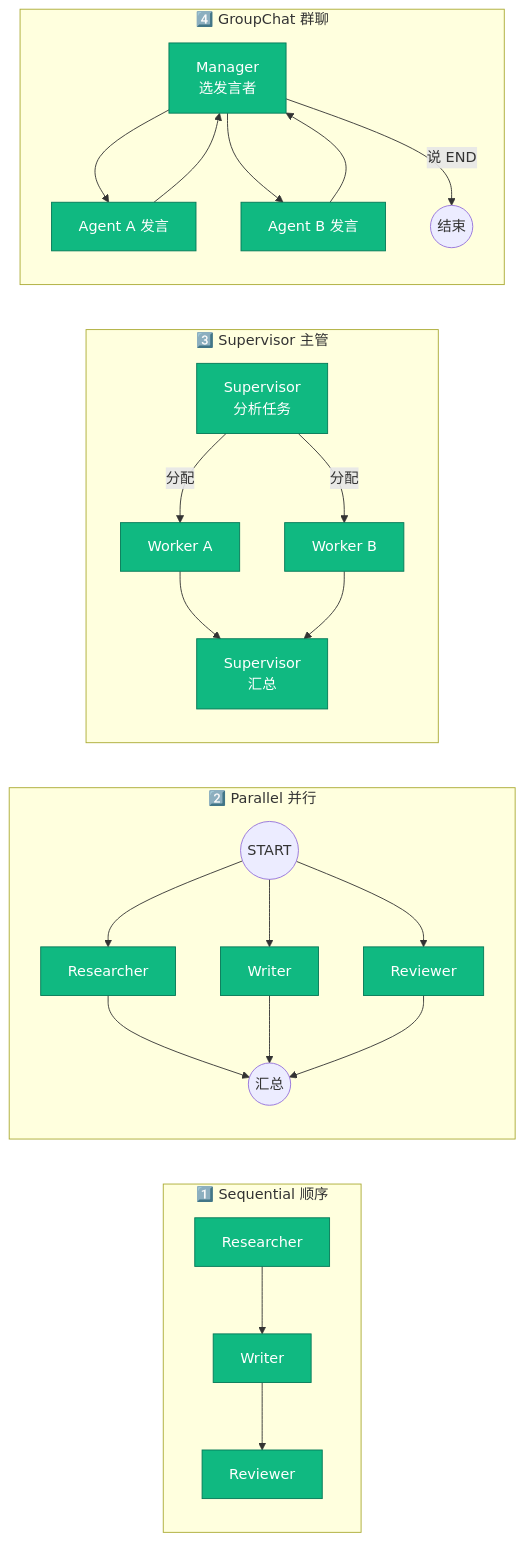
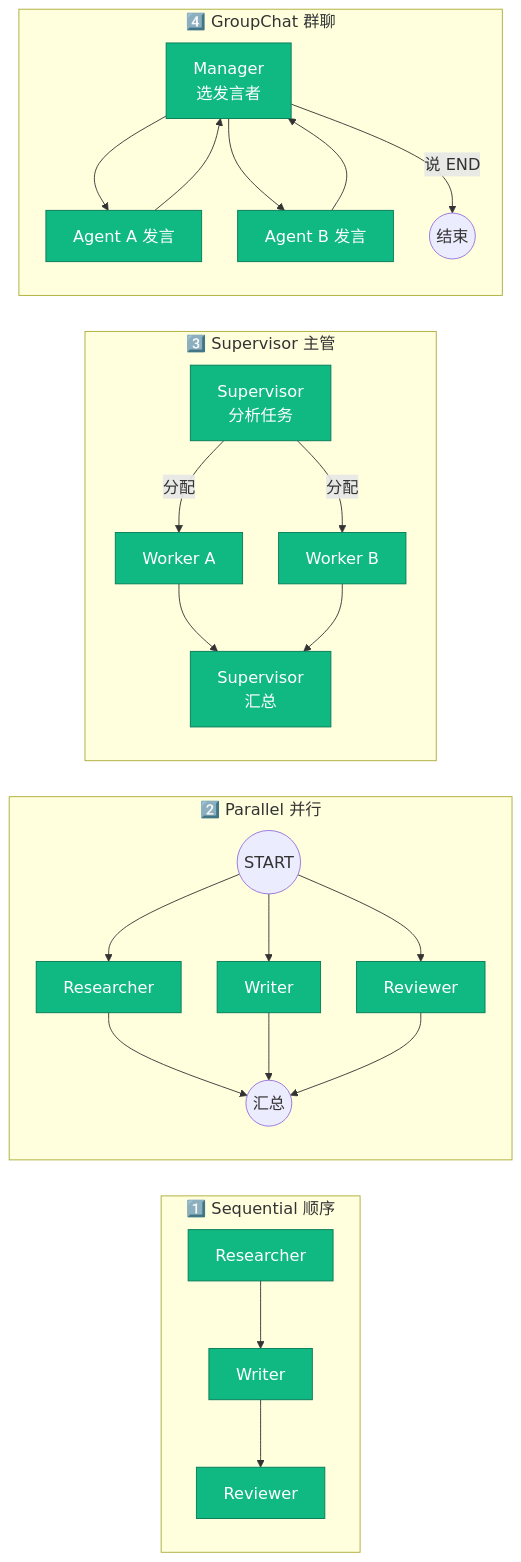
The third of 7 diagrams in docs/ARCHITECTURE.md (Eplayed/agents-cli-learn), drawn with Mermaid before and after one commit. The commit also changed other lines of this file and 11 other files, not shown here.

````diff
--- a/docs/ARCHITECTURE.md
+++ b/docs/ARCHITECTURE.md
@@ -194,38 +218,39 @@
 ```mermaid
+%%{init: {'theme':'default', 'themeVariables': {'fontSize':'18px'}, 'flowchart': {'nodeSpacing': 40, 'rankSpacing': 50}}}%%
 flowchart LR
     subgraph SEQ["1️⃣ Sequential 顺序"]
         direction TB
         S1[Researcher] --> S2[Writer] --> S3[Reviewer]
     end
 
     subgraph PAR["2️⃣ Parallel 并行"]
         direction TB
         P0((START))
         P0 --> P1[Researcher]
         P0 --> P2[Writer]
         P0 --> P3[Reviewer]
         P1 --> P4((汇总))
         P2 --> P4
         P3 --> P4
     end
 
     subgraph SUP["3️⃣ Supervisor 主管"]
         direction TB
         SU0[Supervisor<br/>分析任务] -->|分配| SU1[Worker A]
         SU0 -->|分配| SU2[Worker B]
         SU1 --> SU3[Supervisor<br/>汇总]
         SU2 --> SU3
     end
 
     subgraph GC["4️⃣ GroupChat 群聊"]
         direction TB
         GC0[Manager<br/>选发言者] --> GC1[Agent A 发言]
         GC1 --> GC0
         GC0 --> GC2[Agent B 发言]
         GC2 --> GC0
         GC0 -->|说 END| GC3((结束))
     end
 
     classDef done fill:#10b981,stroke:#047857,color:#fff
     class S1,S2,S3,P1,P2,P3,SU0,SU1,SU2,SU3,GC0,GC1,GC2 done
 ```
````
